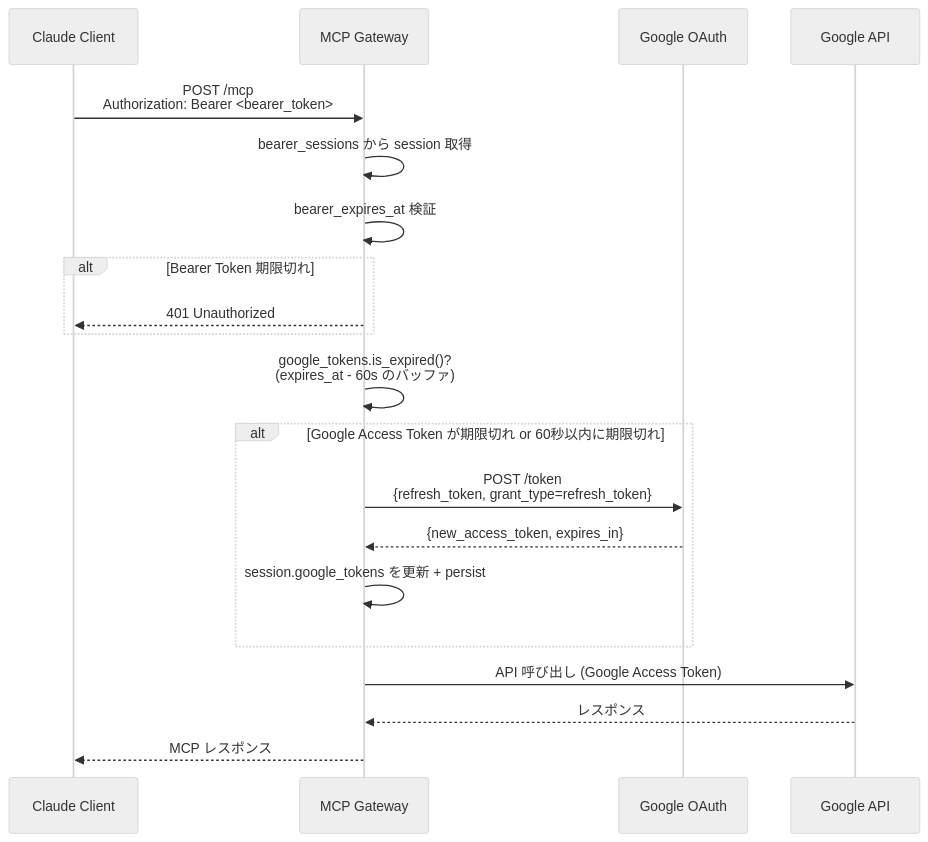
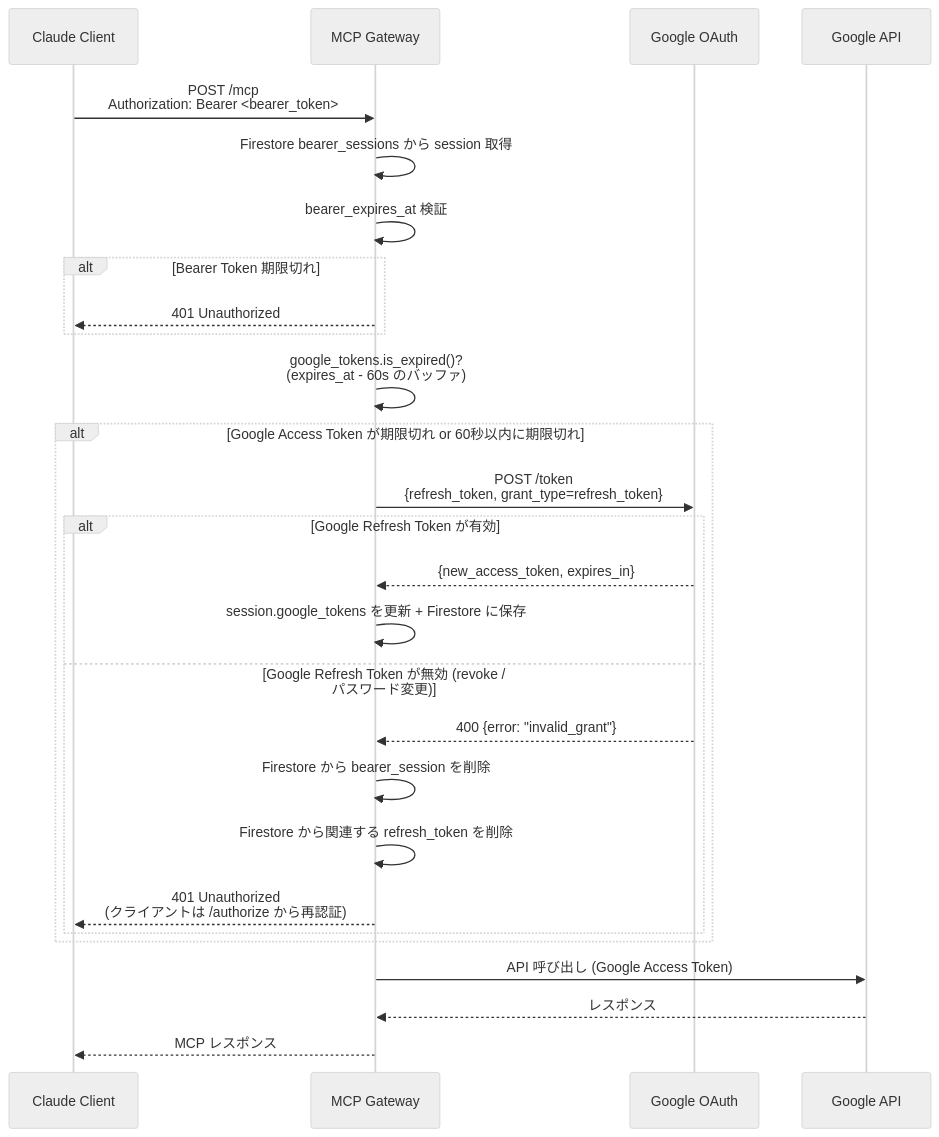
The fourth of 10 diagrams in specs/remote-mcp-gateway/auth-flows.md (kushim-team/gws-cli), drawn with Mermaid (neutral theme) before and after one commit. The commit also changed other lines of this file and 2 other files, not shown here.

Commit message:
feat: implement stateless architecture with Firestore migration and independent TTL for refresh tokens

````diff
--- a/specs/remote-mcp-gateway/auth-flows.md
+++ b/specs/remote-mcp-gateway/auth-flows.md
@@ -159,28 +163,35 @@
 ```mermaid
 sequenceDiagram
     participant C as Claude Client
     participant G as MCP Gateway
     participant Go as Google OAuth
     participant GAPI as Google API
 
     C->>G: POST /mcp<br/>Authorization: Bearer <bearer_token>
 
-    G->>G: bearer_sessions から session 取得
+    G->>G: Firestore bearer_sessions から session 取得
     G->>G: bearer_expires_at 検証
 
     alt Bearer Token 期限切れ
         G-->>C: 401 Unauthorized
     end
 
     G->>G: google_tokens.is_expired()?<br/>(expires_at - 60s のバッファ)
 
     alt Google Access Token が期限切れ or 60秒以内に期限切れ
         G->>Go: POST /token<br/>{refresh_token, grant_type=refresh_token}
-        Go-->>G: {new_access_token, expires_in}
-        G->>G: session.google_tokens を更新 + persist
+        alt Google Refresh Token が有効
+            Go-->>G: {new_access_token, expires_in}
+            G->>G: session.google_tokens を更新 + Firestore に保存
+        else Google Refresh Token が無効 (revoke / パスワード変更)
+            Go-->>G: 400 {error: "invalid_grant"}
+            G->>G: Firestore から bearer_session を削除
+            G->>G: Firestore から関連する refresh_token を削除
+            G-->>C: 401 Unauthorized<br/>(クライアントは /authorize から再認証)
+        end
     end
 
     G->>GAPI: API 呼び出し (Google Access Token)
     GAPI-->>G: レスポンス
     G-->>C: MCP レスポンス
 ```
````
